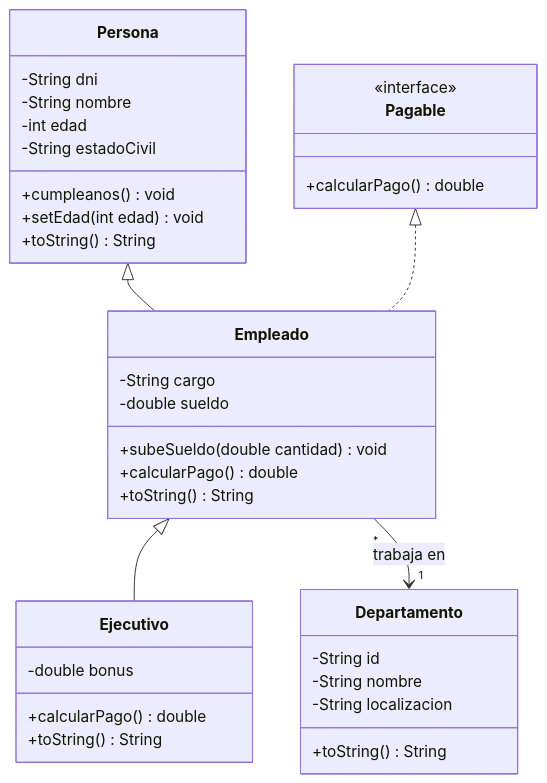
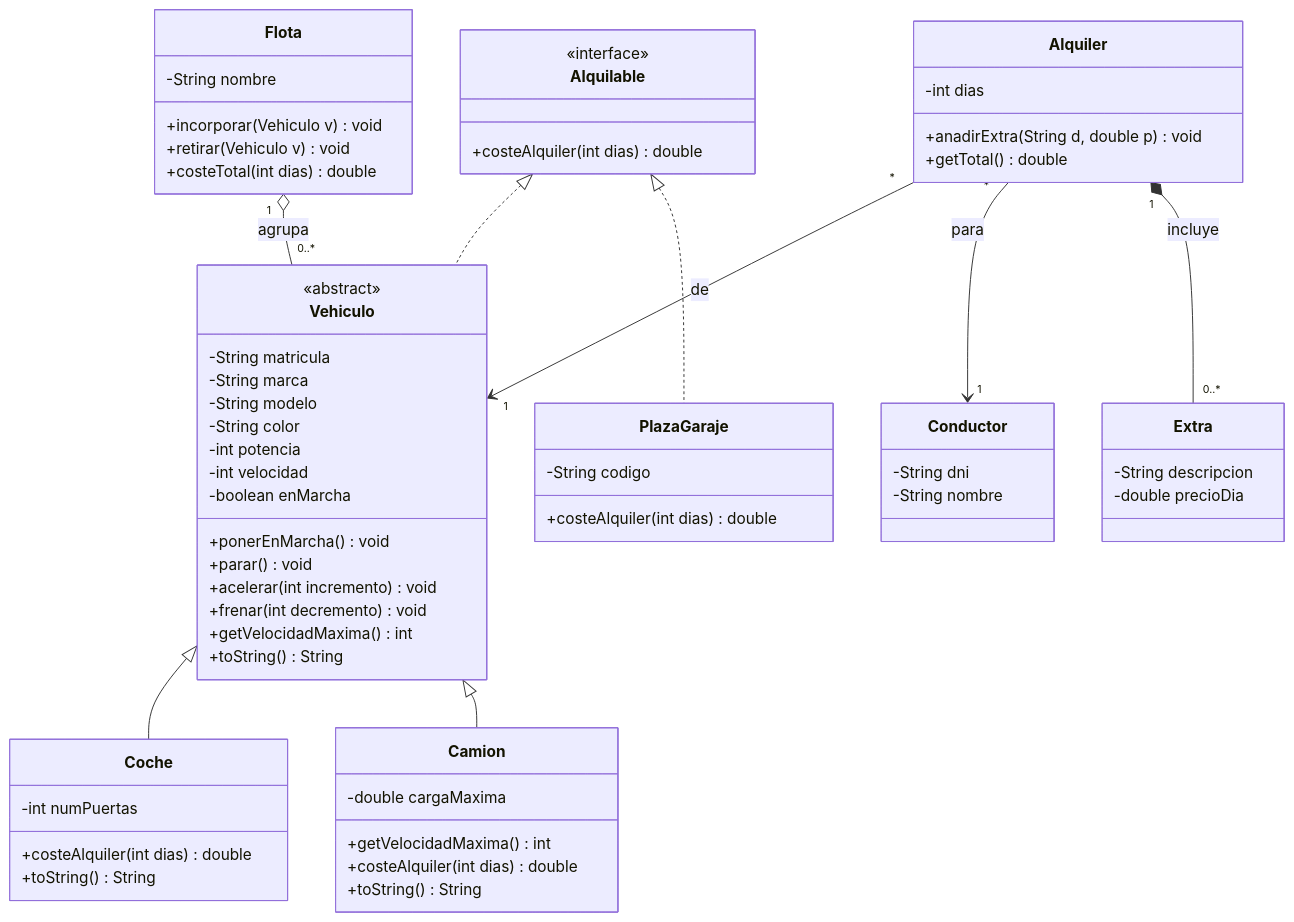
One commit to rlrprofe/poo changed the diagram in docs/capitulos/07-caso-practico.md. Above: the diagram before and after it, drawn with Mermaid. The commit also changed other lines of this file and 30 other files, not shown here.

````diff
--- a/docs/capitulos/07-caso-practico.md
+++ b/docs/capitulos/07-caso-practico.md
@@ -18,38 +21,65 @@
 ```mermaid
 classDiagram
-    class Pagable {
+    class Alquilable {
         <<interface>>
-        +calcularPago() double
+        +costeAlquiler(int dias) double
     }
-    class Persona {
+    class Vehiculo {
+        <<abstract>>
+        -String matricula
+        -String marca
+        -String modelo
+        -String color
+        -int potencia
+        -int velocidad
+        -boolean enMarcha
+        +ponerEnMarcha() void
+        +parar() void
+        +acelerar(int incremento) void
+        +frenar(int decremento) void
+        +getVelocidadMaxima() int
+        +toString() String
+    }
+    class Coche {
+        -int numPuertas
+        +costeAlquiler(int dias) double
+        +toString() String
+    }
+    class Camion {
+        -double cargaMaxima
+        +getVelocidadMaxima() int
+        +costeAlquiler(int dias) double
+        +toString() String
+    }
+    class PlazaGaraje {
+        -String codigo
+        +costeAlquiler(int dias) double
+    }
+    class Conductor {
         -String dni
         -String nombre
-        -int edad
-        -String estadoCivil
-        +cumpleanos() void
-        +setEdad(int edad) void
-        +toString() String
     }
-    class Empleado {
-        -String cargo
-        -double sueldo
-        +subeSueldo(double cantidad) void
-        +calcularPago() double
-        +toString() String
+    class Flota {
+        -String nombre
+        +incorporar(Vehiculo v) void
+        +retirar(Vehiculo v) void
+        +costeTotal(int dias) double
     }
-    class Ejecutivo {
-        -double bonus
-        +calcularPago() double
-        +toString() String
+    class Alquiler {
+        -int dias
+        +anadirExtra(String d, double p) void
+        +getTotal() double
     }
-    class Departamento {
-        -String id
-        -String nombre
-        -String localizacion
-        +toString() String
+    class Extra {
+        -String descripcion
+        -double precioDia
     }
-    Persona <|-- Empleado
-    Empleado <|-- Ejecutivo
-    Pagable <|.. Empleado
-    Empleado "*" --> "1" Departamento : trabaja en
+    Alquilable <|.. Vehiculo
+    Alquilable <|.. PlazaGaraje
+    Vehiculo <|-- Coche
+    Vehiculo <|-- Camion
+    Flota "1" o-- "0..*" Vehiculo : agrupa
+    Alquiler "*" --> "1" Vehiculo : de
+    Alquiler "*" --> "1" Conductor : para
+    Alquiler "1" *-- "0..*" Extra : incluye
 ```
````
